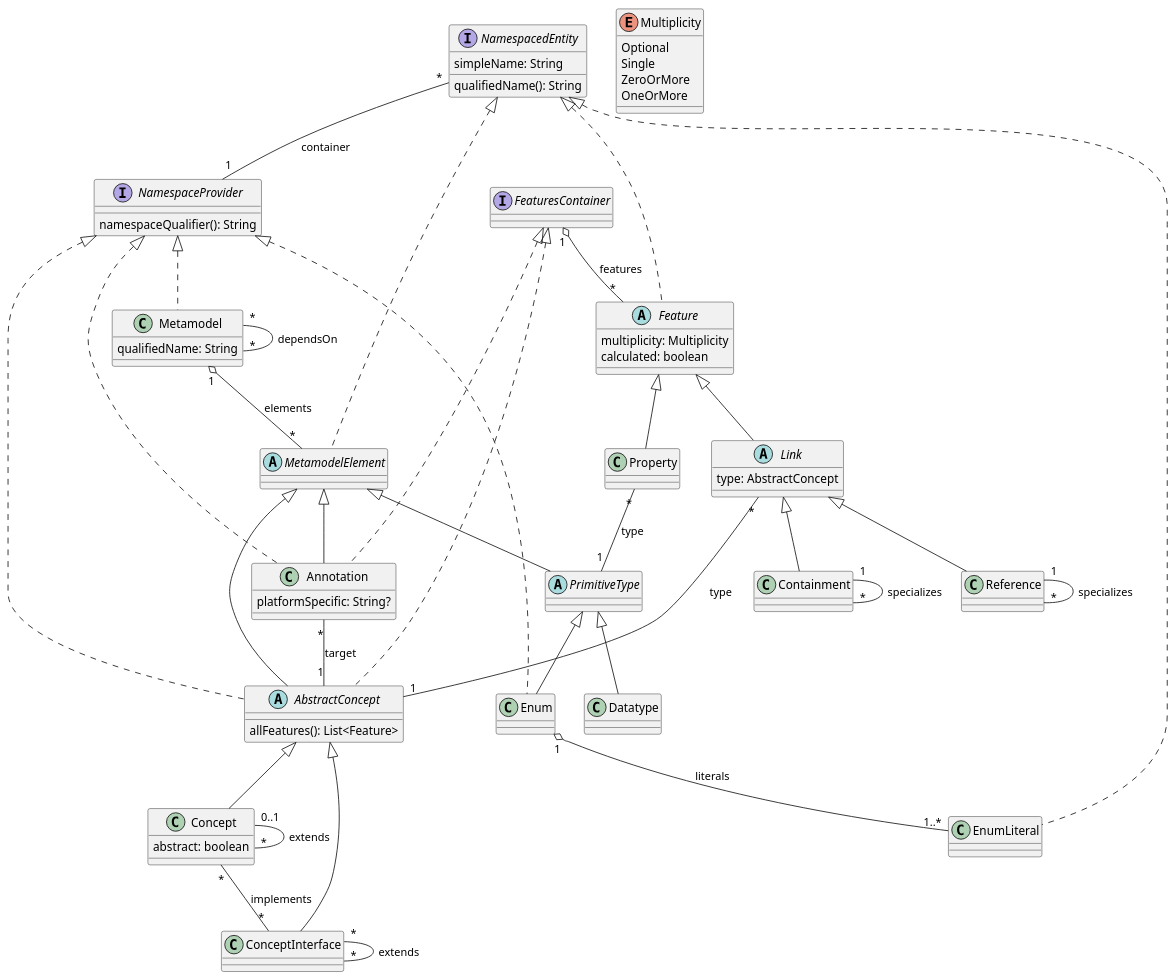
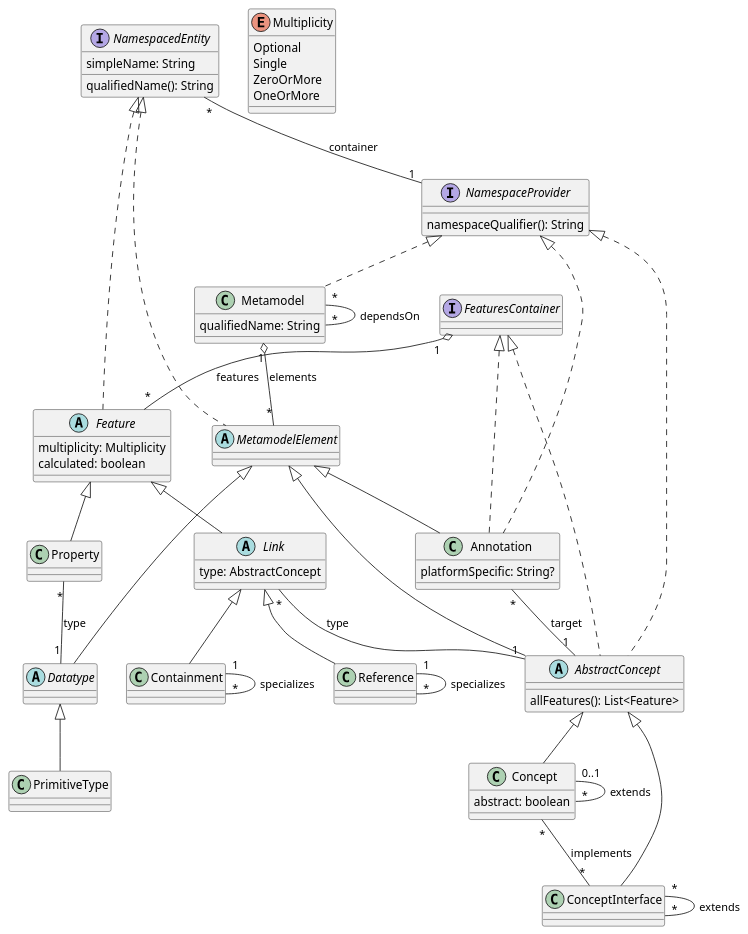
One commit to LionWeb-io/specification changed the diagram in lioncore/metametamodel.puml. Above: the diagram before and after it, drawn with PlantUML. The commit also changed 1 other file, not shown here.

Commit message:
update lioncore UML diagrams

```diff
--- a/lioncore/metametamodel.puml
+++ b/lioncore/metametamodel.puml
@@ -1,98 +1,92 @@
 @startuml
 
 ' classes
 
 class Metamodel implements NamespaceProvider {
   qualifiedName: String
 }
 
 class Concept extends AbstractConcept {
   abstract: boolean
 }
 
 class ConceptInterface extends AbstractConcept
 
-class Enum extends PrimitiveType implements NamespaceProvider
-
-class Datatype extends PrimitiveType
+class PrimitiveType extends Datatype
 
 class Annotation extends MetamodelElement implements NamespaceProvider, FeaturesContainer {
   platformSpecific: String?
 }
 
 class Containment extends Link
 
 class Reference extends Link
-
-class EnumLiteral implements NamespacedEntity
 
 class Property extends Feature
 
 ' Abstract classes
 
 abstract class MetamodelElement implements NamespacedEntity
 
 abstract class AbstractConcept extends MetamodelElement implements FeaturesContainer, NamespaceProvider {
   allFeatures(): List<Feature>
 }
 
-abstract class PrimitiveType extends MetamodelElement
+abstract class Datatype extends MetamodelElement
 
 abstract class Feature implements NamespacedEntity {
   multiplicity: Multiplicity
   calculated: boolean
 }
 
 abstract class Link extends Feature {
   type: AbstractConcept
 }
 
 ' Interfaces
 
 interface NamespaceProvider {
    namespaceQualifier(): String
 }
 
 interface NamespacedEntity {
   simpleName: String
   qualifiedName(): String
 }
 
 interface FeaturesContainer
 
 ' Enums
 
 enum Multiplicity {
   Optional
   Single
   ZeroOrMore
   OneOrMore
 }
 
 ' Relations
 
 Metamodel "1" o-- "*" MetamodelElement: elements
 Metamodel "*" -- "*" Metamodel: dependsOn
 
 Concept "0..1" -- "*" Concept: extends
 Concept "*" -- "*" ConceptInterface: implements
 
 ConceptInterface "*" -- "*" ConceptInterface: extends
 
-Enum "1" o-- "1..*" EnumLiteral: literals
-
 Annotation "*" -- "1" AbstractConcept: target
 
 Containment "1" -- "*" Containment: specializes
 
 Reference "1" -- "*" Reference: specializes
 
-Property "*" -- "1" PrimitiveType: type
+Property "*" -- "1" Datatype: type
 
 Link "*" -- "1" AbstractConcept: type
 
 NamespacedEntity "*" -- "1" NamespaceProvider: container
 
 FeaturesContainer "1" o-- "*" Feature: features
 
 @enduml
```
